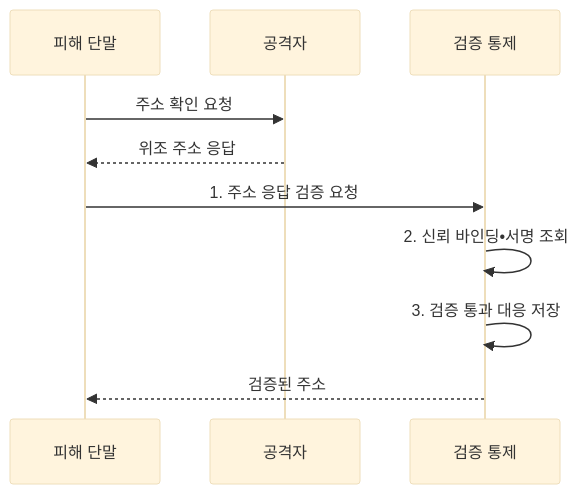
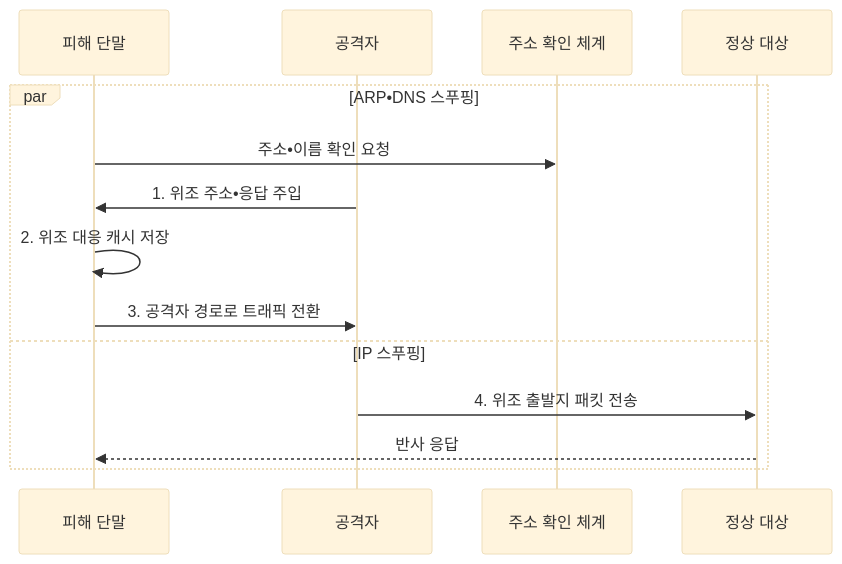
The second of 2 diagrams in src/content/docs/notes/05-security/024_network_spoofing.md (agnusdei1207/knowledge-base), drawn with Mermaid (base theme) before and after one commit. The commit also changed other lines of this file and 13 other files, not shown here.

````diff
--- a/src/content/docs/notes/05-security/024_network_spoofing.md
+++ b/src/content/docs/notes/05-security/024_network_spoofing.md
@@ -108,12 +108,16 @@
 ```mermaid
 sequenceDiagram
     participant V as 피해 단말
     participant A as 공격자
-    participant G as 검증 통제
-    V->>A: 주소 확인 요청
-    A-->>V: 위조 주소 응답
-    V->>G: 1. 주소 응답 검증 요청
-    G->>G: 2. 신뢰 바인딩•서명 조회
-    G->>G: 3. 검증 통과 대응 저장
-    G-->>V: 검증된 주소
+    participant R as 주소 확인 체계
+    participant T as 정상 대상
+    par ARP•DNS 스푸핑
+      V->>R: 주소•이름 확인 요청
+      A->>V: 1. 위조 주소•응답 주입
+      V->>V: 2. 위조 대응 캐시 저장
+      V->>A: 3. 공격자 경로로 트래픽 전환
+    and IP 스푸핑
+      A->>T: 4. 위조 출발지 패킷 전송
+      T-->>V: 반사 응답
+    end
 ```
````
